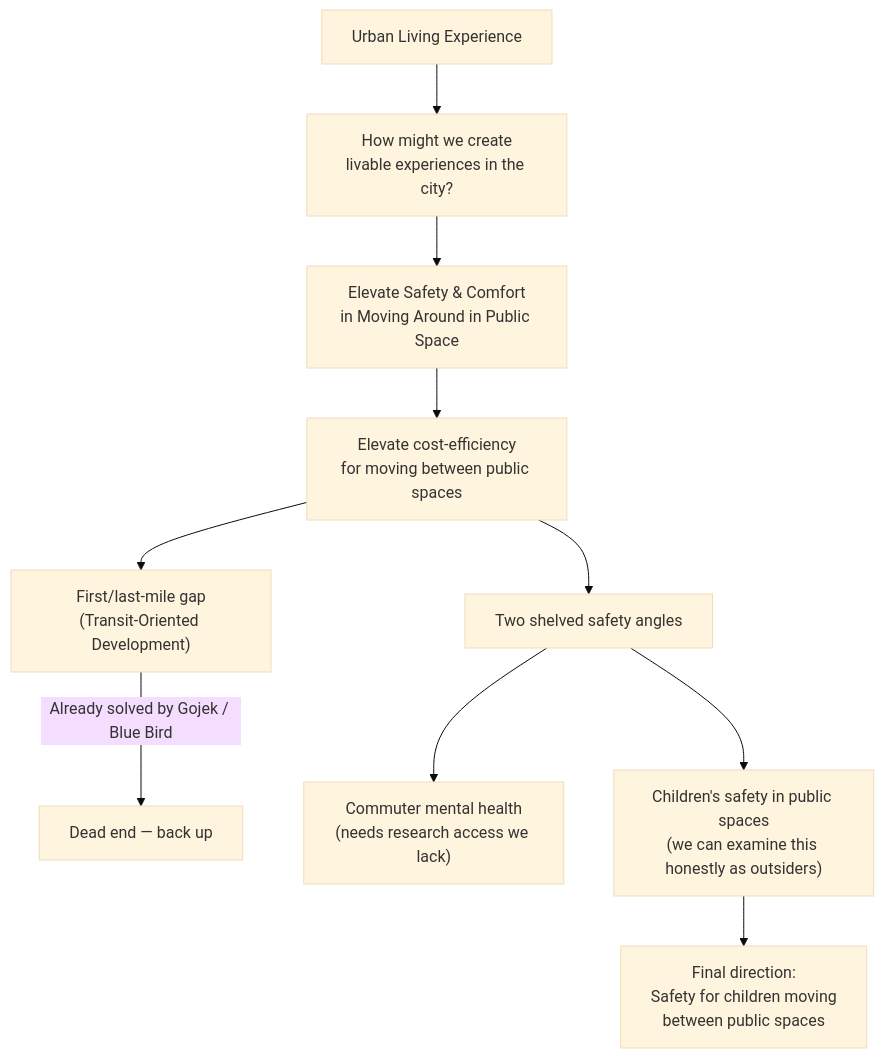
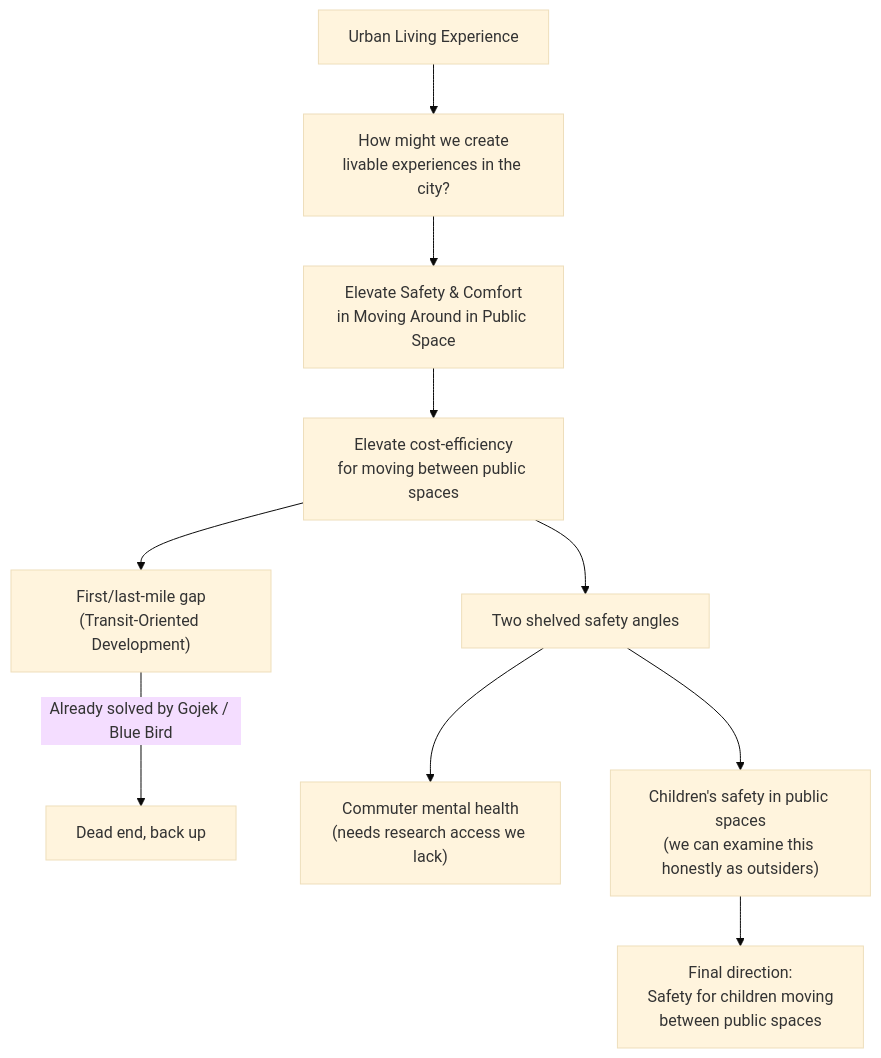
The second of 3 diagrams in content/projects/scouters-apple-challenge-4.md (storyofhis/maula.zee), drawn with Mermaid (base theme) before and after one commit. The commit also changed other lines of this file and 32 other files, not shown here.

````diff
--- a/content/projects/scouters-apple-challenge-4.md
+++ b/content/projects/scouters-apple-challenge-4.md
@@ -40,12 +40,12 @@
 ```mermaid
 flowchart TD
     A["Urban Living Experience"] --> B["How might we create\nlivable experiences in the city?"]
     B --> C["Elevate Safety & Comfort\nin Moving Around in Public Space"]
     C --> D["Elevate cost-efficiency\nfor moving between public spaces"]
     D --> E["First/last-mile gap\n(Transit-Oriented Development)"]
-    E -->|"Already solved by Gojek / Blue Bird"| Dead["Dead end — back up"]
+    E -->|"Already solved by Gojek / Blue Bird"| Dead["Dead end, back up"]
     D --> F["Two shelved safety angles"]
     F --> G["Commuter mental health\n(needs research access we lack)"]
     F --> H["Children's safety in public spaces\n(we can examine this honestly as outsiders)"]
     H --> Final["Final direction:\nSafety for children moving\nbetween public spaces"]
 ```
````
